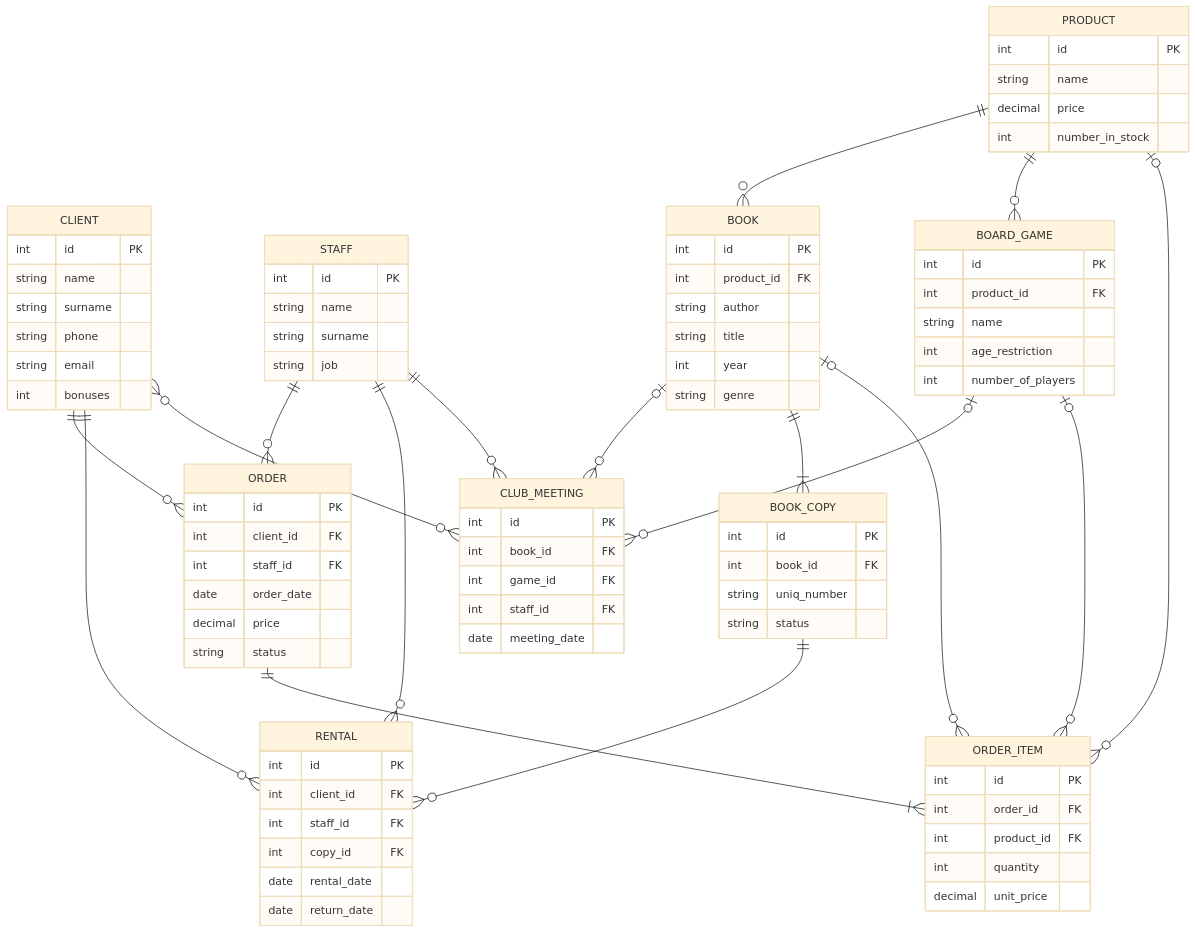
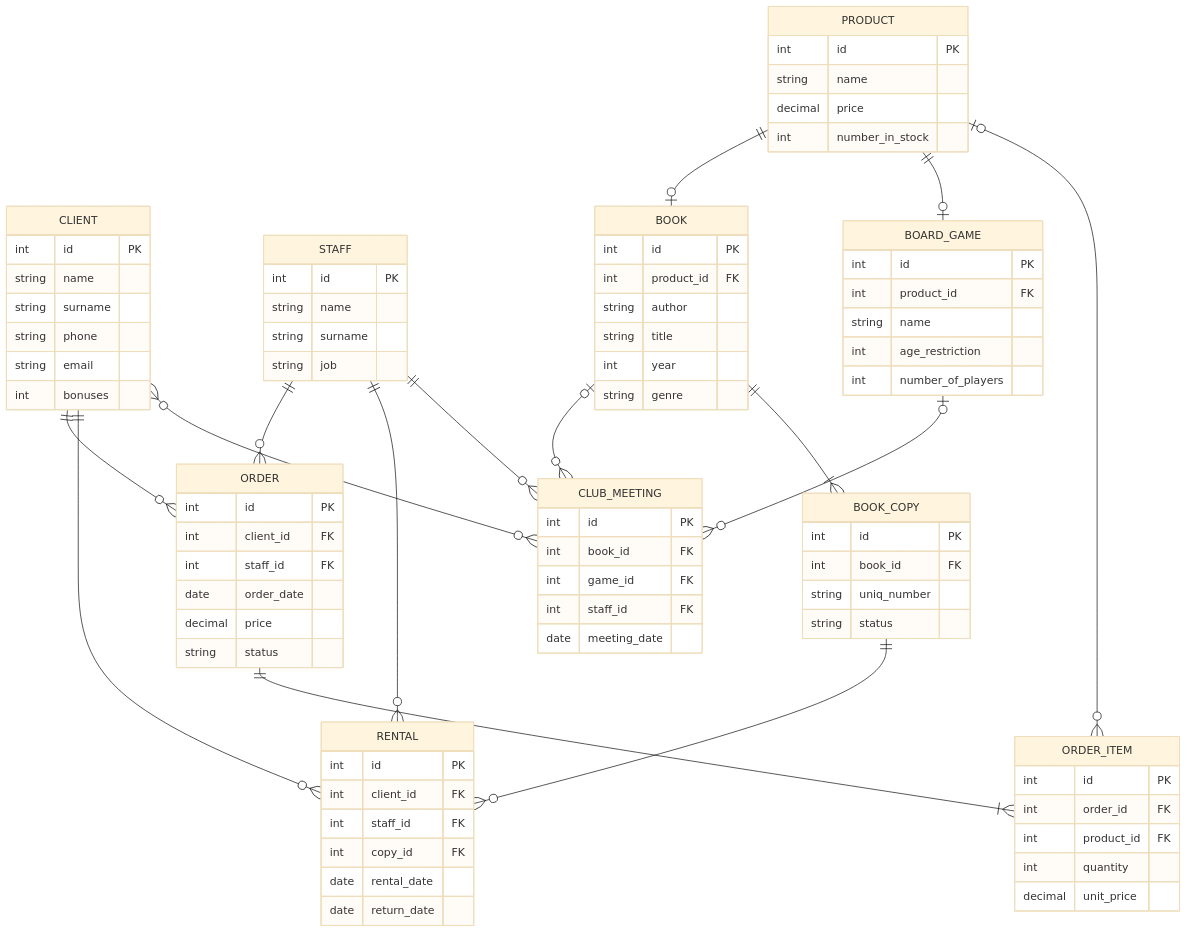
Before and after one commit to sofiakiosova37-boop/bookshop_kpi2: the diagram in task1/ERdiagram.mmd, drawn with Mermaid (base theme). The commit also changed 1 other file, not shown here.

Commit message:
Fixed errors related to incorrect associations between product and book/game  entities, and removed redundant links to eliminate duplication.

```diff
--- a/task1/ERdiagram.mmd
+++ b/task1/ERdiagram.mmd
@@ -1,99 +1,97 @@
 erDiagram
 CLIENT ||--o{ ORDER : ""
 CLIENT ||--o{ RENTAL : ""
 STAFF ||--o{ ORDER : ""
 STAFF||--o{ RENTAL : ""
 STAFF ||--o{ CLUB_MEETING : ""
 CLIENT }o--o{ CLUB_MEETING: ""
 BOOK |o--o{ CLUB_MEETING: ""
 BOARD_GAME |o--o{ CLUB_MEETING: ""
 ORDER ||--|{ ORDER_ITEM : ""
 BOOK_COPY ||--o{ RENTAL : ""
 BOOK ||--|{ BOOK_COPY: ""
-BOOK |o--o{ ORDER_ITEM : ""
-BOARD_GAME |o--o{ ORDER_ITEM: ""
-PRODUCT ||--o{BOOK: ""
-PRODUCT ||--o{BOARD_GAME: ""
+PRODUCT ||--o|BOOK: ""
+PRODUCT ||--o|BOARD_GAME: ""
 PRODUCT |o--o{ORDER_ITEM: ""
 
 STAFF {
     int id PK
     string name
     string surname
     string job
 }
 
 CLIENT {
     int id PK
     string name
     string surname
     string phone
     string email
     int bonuses
 }
 
 BOOK {
     int id PK
     int product_id FK
     string author
     string title
     int year
     string genre
 }
 
 BOARD_GAME {
     int id PK
     int product_id FK
     string name
     int age_restriction
     int number_of_players
 }
 
 PRODUCT {
     int id PK
     string name
     decimal price
     int number_in_stock
 }
 
 
 BOOK_COPY {
     int id PK
     int book_id FK
     string uniq_number
     string status
 }
 
 ORDER {
     int id PK
     int client_id FK
     int staff_id FK
     date order_date 
     decimal price
     string status
 }
 
 RENTAL {
     int id PK
     int client_id FK 
     int staff_id FK 
     int copy_id FK
     date rental_date
     date return_date
 }
 
 CLUB_MEETING {
     int id PK
     int book_id FK
     int game_id FK
     int staff_id FK
     date meeting_date
 }
 
 ORDER_ITEM {
     int id PK
     int order_id FK
     int product_id FK
     int quantity
     decimal unit_price
 }
```
